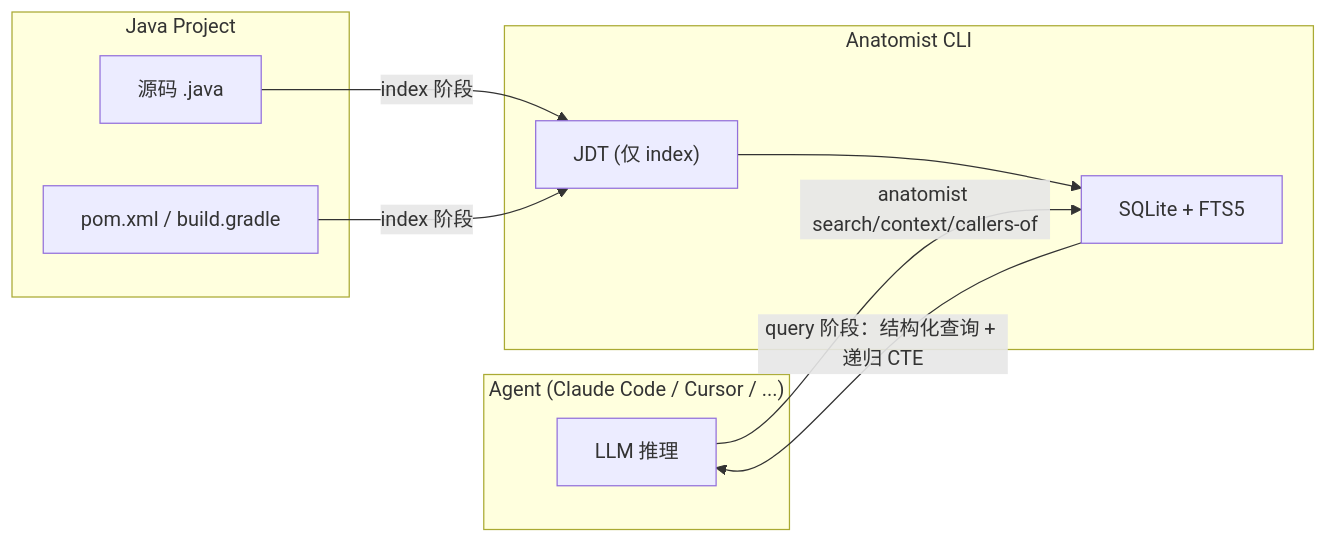
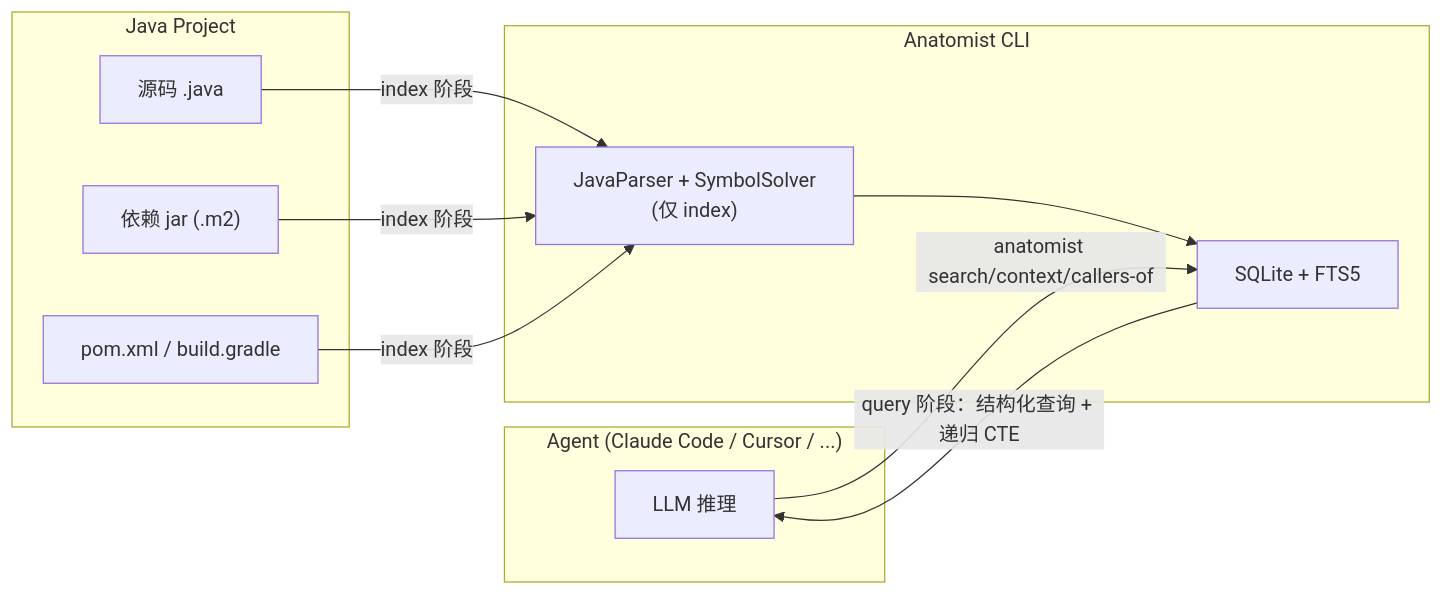
Before and after one commit to stream-iori/anatomist: the second of 7 diagrams in DESIGN.md, drawn with Mermaid. The commit also changed other lines of this file and 51 other files, not shown here.

First line of the commit message:
Replace JDT with JavaParser + SymbolSolver

````diff
--- a/DESIGN.md
+++ b/DESIGN.md
@@ -39,22 +41,24 @@
 ```mermaid
 graph LR
     subgraph Agent["Agent (Claude Code / Cursor / ...)"]
         LLM["LLM 推理"]
     end
 
     subgraph Anatomist["Anatomist CLI"]
-        JDT["JDT (仅 index)"]
+        PARSER["JavaParser + SymbolSolver<br/>(仅 index)"]
         SQLITE["SQLite + FTS5"]
     end
 
     subgraph Project["Java Project"]
         SRC["源码 .java"]
+        JARS["依赖 jar (.m2)"]
         POM["pom.xml / build.gradle"]
     end
 
-    SRC -->|"index 阶段"| JDT
-    POM -->|"index 阶段"| JDT
-    JDT --> SQLITE
+    SRC -->|"index 阶段"| PARSER
+    JARS -->|"index 阶段"| PARSER
+    POM -->|"index 阶段"| PARSER
+    PARSER --> SQLITE
     SQLITE -->|"query 阶段：结构化查询 + 递归 CTE"| LLM
     LLM -->|"anatomist search/context/callers-of"| SQLITE
 ```
````
